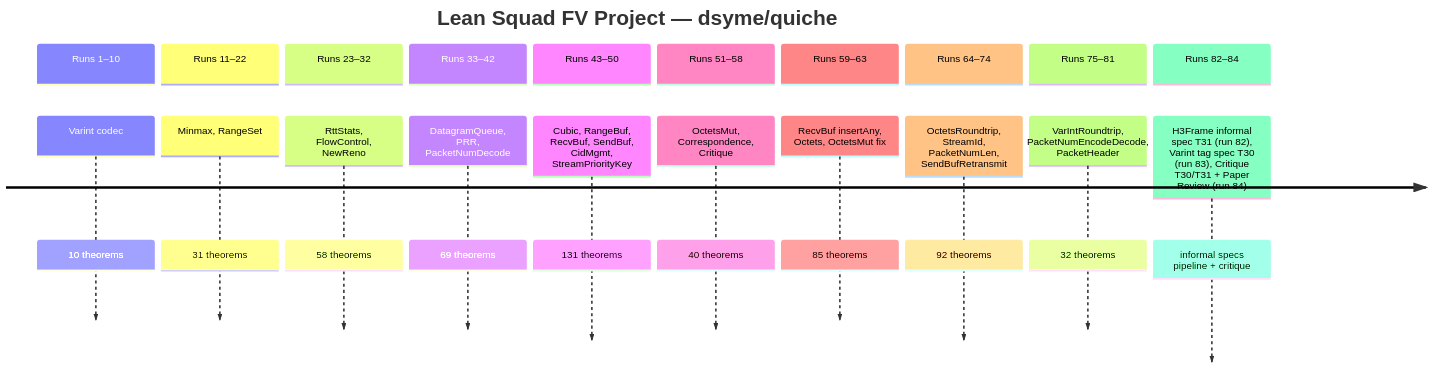
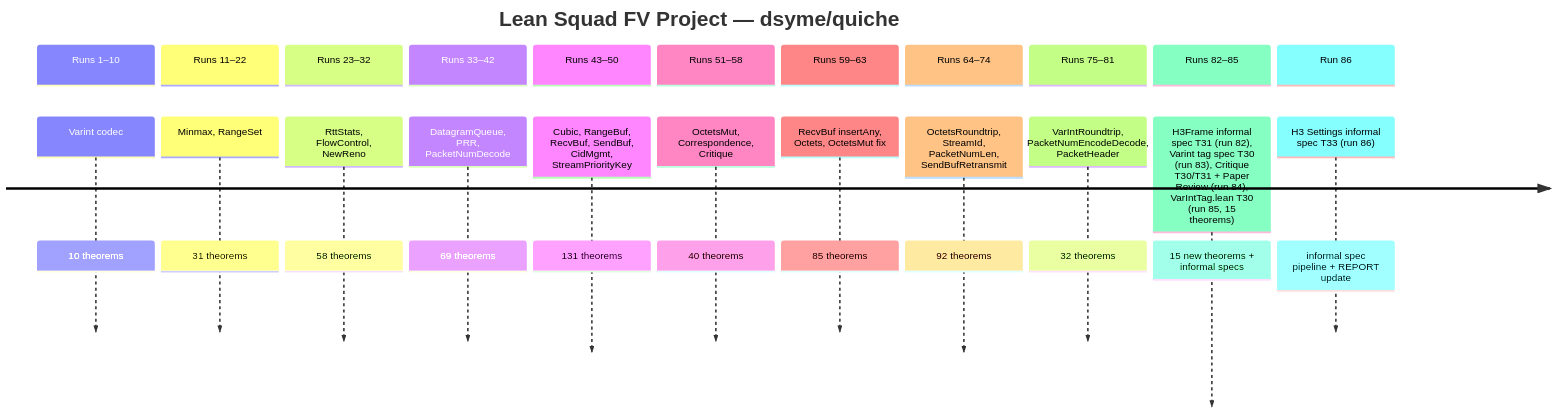
One commit to dsyme/quiche changed the seventh of 7 diagrams in formal-verification/REPORT.md. Above: the diagram before and after it, drawn with Mermaid. The commit also changed other lines of this file and 2 other files, not shown here.

````diff
--- a/formal-verification/REPORT.md
+++ b/formal-verification/REPORT.md
@@ -324,24 +334,26 @@
 ```mermaid
 timeline
     title Lean Squad FV Project — dsyme/quiche
     section Runs 1–10
         Varint codec : 10 theorems
     section Runs 11–22
         Minmax, RangeSet : 31 theorems
     section Runs 23–32
         RttStats, FlowControl, NewReno : 58 theorems
     section Runs 33–42
         DatagramQueue, PRR, PacketNumDecode : 69 theorems
     section Runs 43–50
         Cubic, RangeBuf, RecvBuf, SendBuf, CidMgmt, StreamPriorityKey : 131 theorems
     section Runs 51–58
         OctetsMut, Correspondence, Critique : 40 theorems
     section Runs 59–63
         RecvBuf insertAny, Octets, OctetsMut fix : 85 theorems
     section Runs 64–74
         OctetsRoundtrip, StreamId, PacketNumLen, SendBufRetransmit : 92 theorems
     section Runs 75–81
         VarIntRoundtrip, PacketNumEncodeDecode, PacketHeader : 32 theorems
-    section Runs 82–84
-        H3Frame informal spec T31 (run 82), Varint tag spec T30 (run 83), Critique T30/T31 + Paper Review (run 84) : informal specs pipeline + critique
+    section Runs 82–85
+        H3Frame informal spec T31 (run 82), Varint tag spec T30 (run 83), Critique T30/T31 + Paper Review (run 84), VarIntTag.lean T30 (run 85, 15 theorems) : 15 new theorems + informal specs
+    section Run 86
+        H3 Settings informal spec T33 (run 86) : informal spec pipeline + REPORT update
 ```
````
